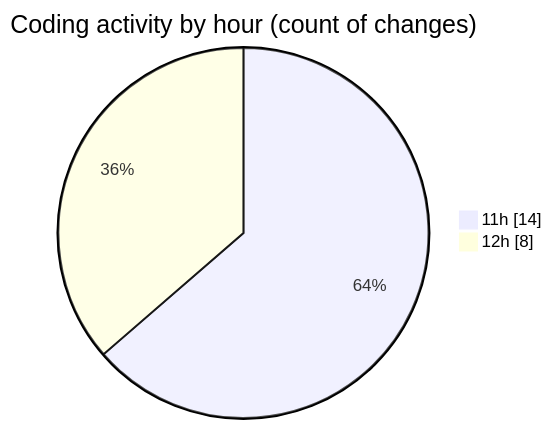
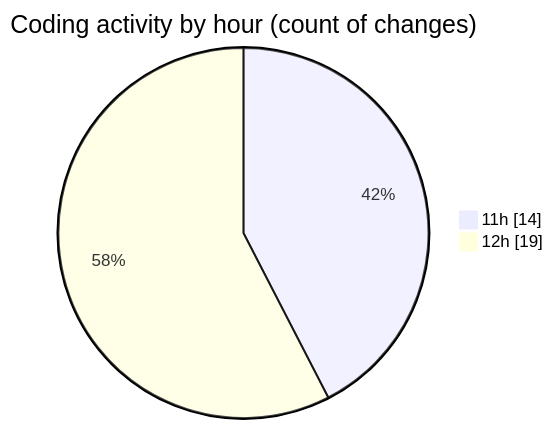
One commit to nxtqubesakshisongat/code-tracking changed the second of 2 diagrams in 2026-08-24/nxtqube_webapp/README.md. Above: the diagram before and after it, drawn with Mermaid. The commit also changed other lines of this file and 1 other file, not shown here.

````diff
--- a/2026-08-24/nxtqube_webapp/README.md
+++ b/2026-08-24/nxtqube_webapp/README.md
@@ -35,6 +37,6 @@
 ```mermaid
 pie showData
 title Coding activity by hour (count of changes)
 "11h" : 14
-"12h" : 8
+"12h" : 19
 ```
````
